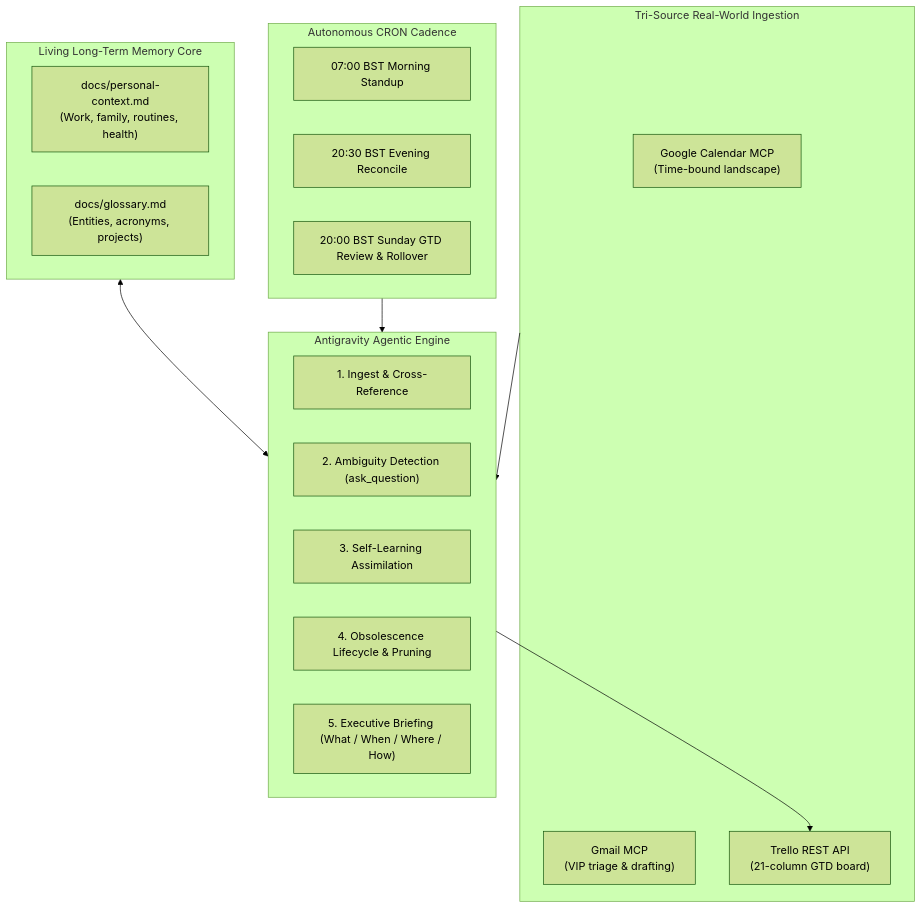
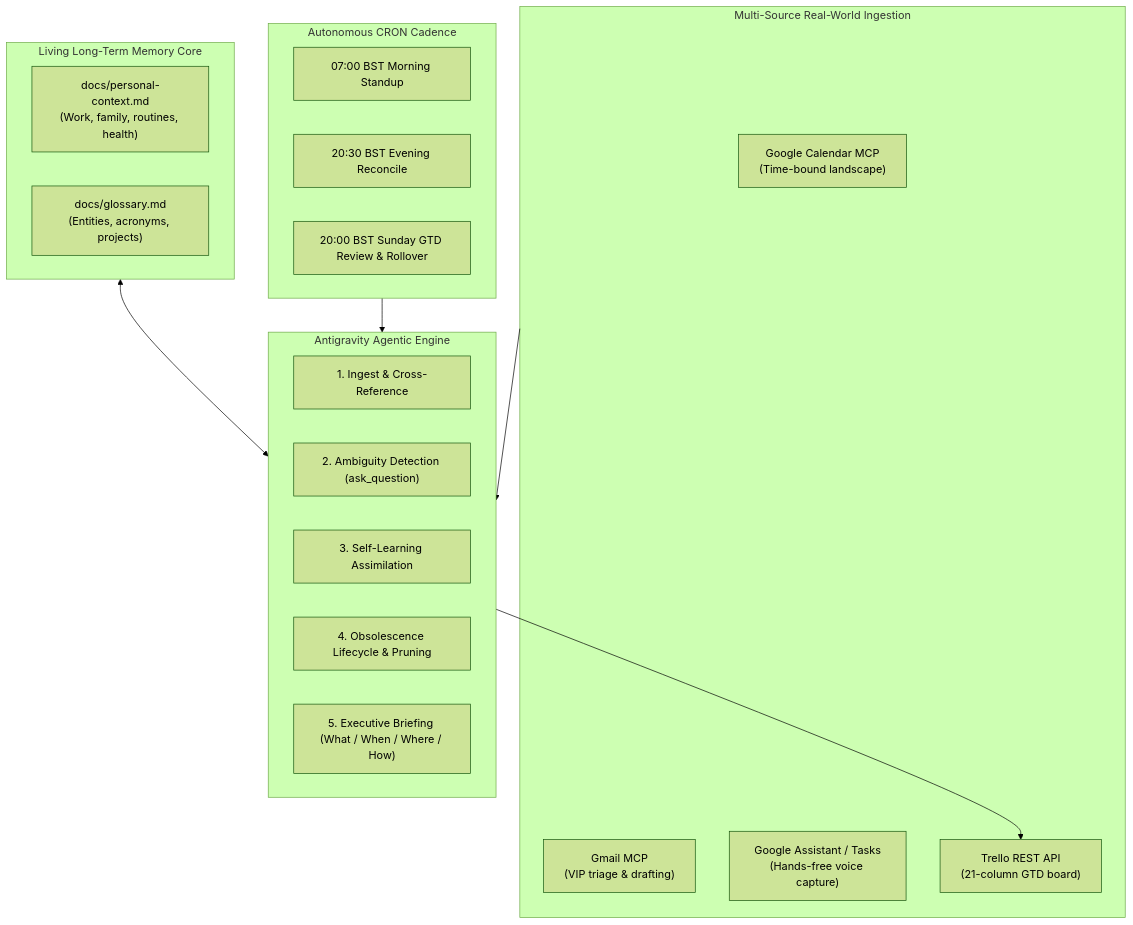
Before and after one commit to s0ck3t/antigravity-personal-assistant: the first of 2 diagrams in README.md, drawn with Mermaid (forest theme). The commit also changed other lines of this file and 11 other files, not shown here.

Commit message:
feat: integrate Google Tasks and Google Assistant voice capture sync

````diff
--- a/README.md
+++ b/README.md
@@ -20,32 +20,33 @@
 ```mermaid
 flowchart TD
-    subgraph Inputs["Tri-Source Real-World Ingestion"]
+    subgraph Inputs["Multi-Source Real-World Ingestion"]
         GCal["Google Calendar MCP<br/>(Time-bound landscape)"]
         Gmail["Gmail MCP<br/>(VIP triage & drafting)"]
+        GTasks["Google Assistant / Tasks<br/>(Hands-free voice capture)"]
         TrelloAPI["Trello REST API<br/>(21-column GTD board)"]
     end
 
     subgraph Memory["Living Long-Term Memory Core"]
         Context["docs/personal-context.md<br/>(Work, family, routines, health)"]
         Glossary["docs/glossary.md<br/>(Entities, acronyms, projects)"]
     end
 
     subgraph Brain["Antigravity Agentic Engine"]
         Ingest["1. Ingest & Cross-Reference"]
         Detect["2. Ambiguity Detection (ask_question)"]
         Learn["3. Self-Learning Assimilation"]
         Prune["4. Obsolescence Lifecycle & Pruning"]
         Brief["5. Executive Briefing (What / When / Where / How)"]
     end
 
     subgraph Automation["Autonomous CRON Cadence"]
         Morning["07:00 BST Morning Standup"]
         Evening["20:30 BST Evening Reconcile"]
         Sunday["20:00 BST Sunday GTD Review & Rollover"]
     end
 
     Inputs --> Brain
     Memory <--> Brain
     Automation --> Brain
     Brain --> TrelloAPI
 ```
````
